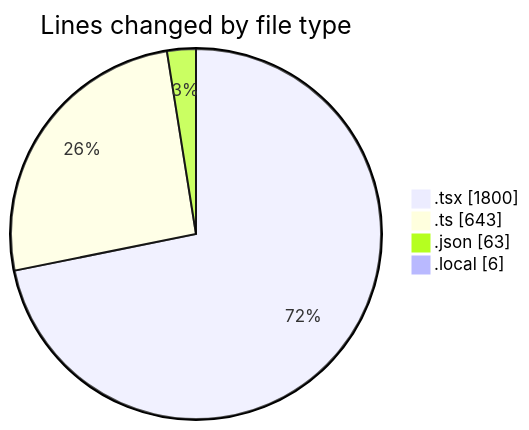
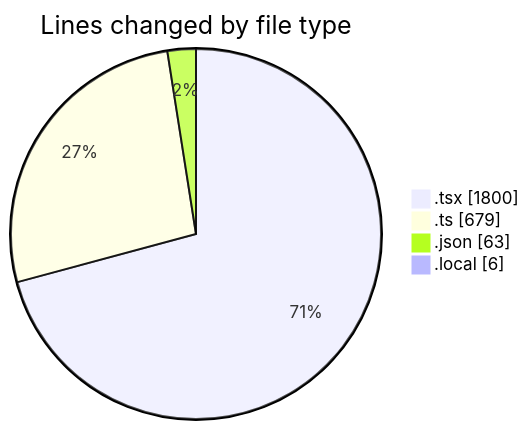
Before and after one commit to julien-gomy/code-tracking: the first of 2 diagrams in 2025-10-21/eventscop-frontend-guide__workspace_/README.md, drawn with Mermaid. The commit also changed other lines of this file and 1 other file, not shown here.

````diff
--- a/2025-10-21/eventscop-frontend-guide__workspace_/README.md
+++ b/2025-10-21/eventscop-frontend-guide__workspace_/README.md
@@ -47,8 +48,8 @@
 ```mermaid
 pie showData
 title Lines changed by file type
 ".tsx" : 1800
-".ts" : 643
+".ts" : 679
 ".json" : 63
 ".local" : 6
 ```
````
